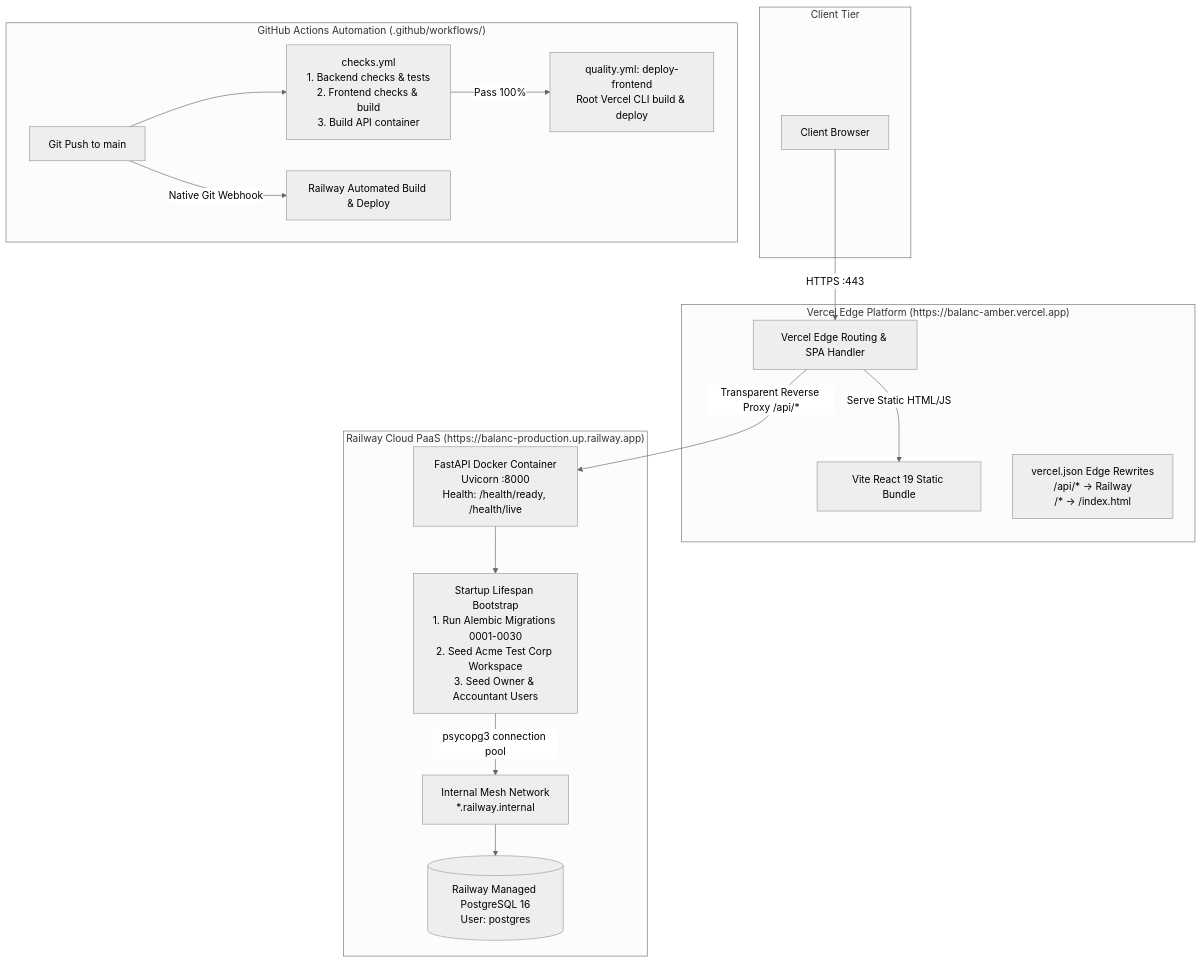
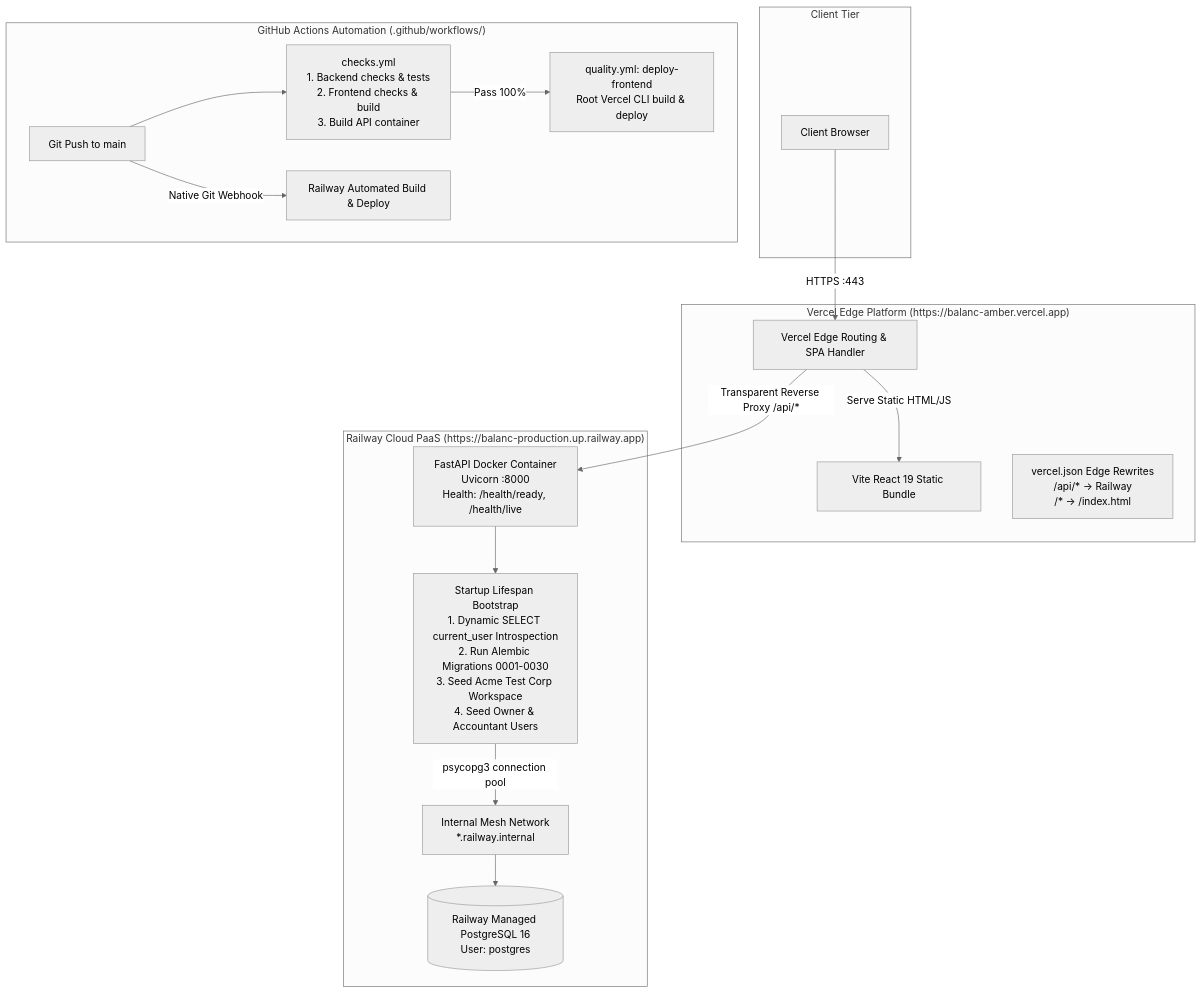
One commit to muhammadabdullahattari/Balanc changed the diagram in docs/Deployment_and_CI_CD_Implementation_Record.md. Above: the diagram before and after it, drawn with Mermaid (neutral theme). The commit also changed other lines of this file and 2 other files, not shown here.

Commit message:
fix(deploy): run in-process Alembic migrations and bypass RLS for bootstrap test seeding

````diff
--- a/docs/Deployment_and_CI_CD_Implementation_Record.md
+++ b/docs/Deployment_and_CI_CD_Implementation_Record.md
@@ -18,32 +19,32 @@
 ```mermaid
 flowchart TD
     subgraph Client ["Client Tier"]
         Browser[Client Browser]
     end
 
     subgraph VercelEdge ["Vercel Edge Platform (https://balanc-amber.vercel.app)"]
         EdgeProxy[Vercel Edge Routing & SPA Handler]
         StaticAssets[Vite React 19 Static Bundle]
         VercelJSON["vercel.json Edge Rewrites\n/api/* -> Railway\n/* -> /index.html"]
     end
 
     subgraph RailwayPaaS ["Railway Cloud PaaS (https://balanc-production.up.railway.app)"]
         FastAPI[FastAPI Docker Container\nUvicorn :8000\nHealth: /health/ready, /health/live]
-        Bootstrap[Startup Lifespan Bootstrap\n1. Run Alembic Migrations 0001-0030\n2. Seed Acme Test Corp Workspace\n3. Seed Owner & Accountant Users]
+        Bootstrap[Startup Lifespan Bootstrap\n1. Dynamic SELECT current_user Introspection\n2. Run Alembic Migrations 0001-0030\n3. Seed Acme Test Corp Workspace\n4. Seed Owner & Accountant Users]
         RailwayMesh[Internal Mesh Network\n*.railway.internal]
         ManagedPG[(Railway Managed PostgreSQL 16\nUser: postgres)]
     end
 
     subgraph CICD ["GitHub Actions Automation (.github/workflows/)"]
         Push[Git Push to main] --> Checks[checks.yml\n1. Backend checks & tests\n2. Frontend checks & build\n3. Build API container]
         Checks -->|Pass 100%| VercelDeploy[quality.yml: deploy-frontend\nRoot Vercel CLI build & deploy]
         Push -->|Native Git Webhook| RailwayAutoDeploy[Railway Automated Build & Deploy]
     end
 
     Browser -->|HTTPS :443| EdgeProxy
     EdgeProxy -->|Serve Static HTML/JS| StaticAssets
     EdgeProxy -->|Transparent Reverse Proxy /api/*| FastAPI
     FastAPI --> Bootstrap
     Bootstrap -->|psycopg3 connection pool| RailwayMesh
     RailwayMesh --> ManagedPG
 ```
````
